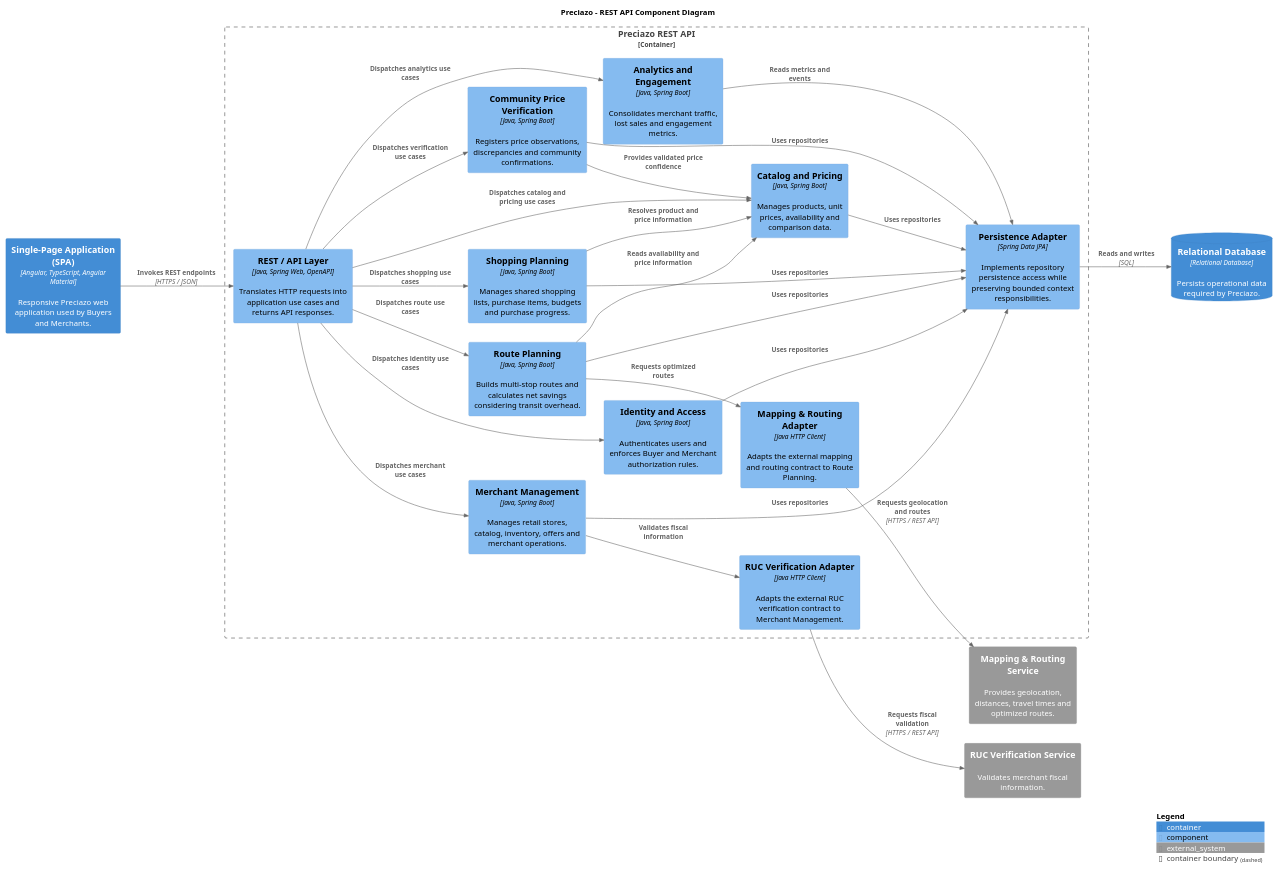
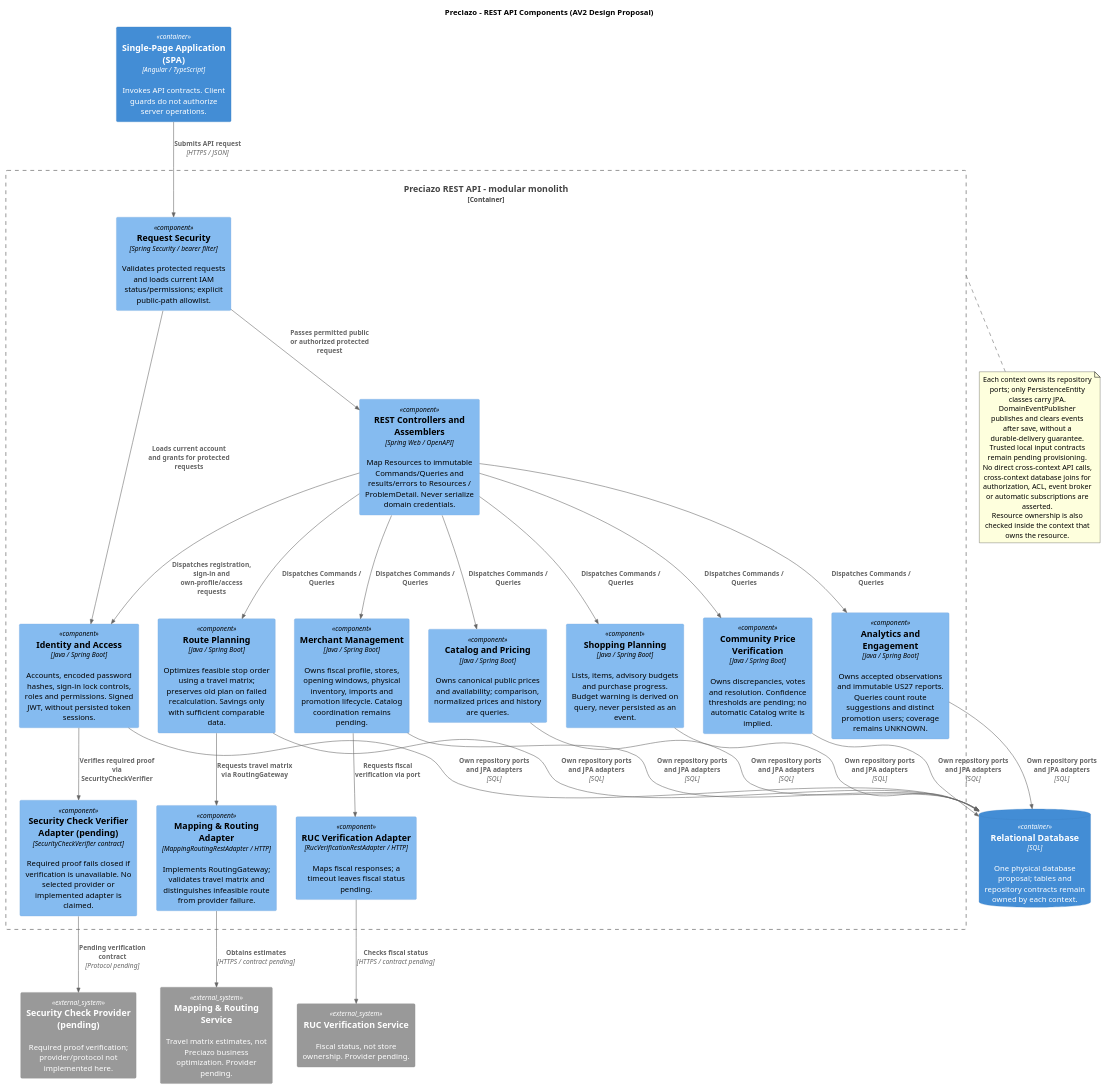
The diagram in docs/architecture/c4-components-backend.puml (Open-Source-1ASI0729-2620-7750/preciazo-report), drawn with PlantUML before and after one commit. The commit also changed 8 other files, not shown here.

Commit message:
docs(architecture): align C4 views with AV2 context designs

```diff
--- a/docs/architecture/c4-components-backend.puml
+++ b/docs/architecture/c4-components-backend.puml
@@ -1,54 +1,54 @@
 @startuml Preciazo_C4_Components_Backend
-
 !include <C4/C4_Component>
-
-LAYOUT_LEFT_RIGHT()
-
-title Preciazo - REST API Component Diagram
-
-Container(web, "Single-Page Application (SPA)", "Angular, TypeScript, Angular Material", "Responsive Preciazo web application used by Buyers and Merchants.")
-System_Ext(routing, "Mapping & Routing Service", "Provides geolocation, distances, travel times and optimized routes.")
-System_Ext(ruc, "RUC Verification Service", "Validates merchant fiscal information.")
-ContainerDb(database, "Relational Database", "Relational Database", "Persists operational data required by Preciazo.")
-
-Container_Boundary(api, "Preciazo REST API") {
-    Component(rest, "REST / API Layer", "Java, Spring Web, OpenAPI", "Translates HTTP requests into application use cases and returns API responses.")
-    Component(identity, "Identity and Access", "Java, Spring Boot", "Authenticates users and enforces Buyer and Merchant authorization rules.")
-    Component(shopping, "Shopping Planning", "Java, Spring Boot", "Manages shared shopping lists, purchase items, budgets and purchase progress.")
-    Component(catalog, "Catalog and Pricing", "Java, Spring Boot", "Manages products, unit prices, availability and comparison data.")
-    Component(route, "Route Planning", "Java, Spring Boot", "Builds multi-stop routes and calculates net savings considering transit overhead.")
-    Component(merchant, "Merchant Management", "Java, Spring Boot", "Manages retail stores, catalog, inventory, offers and merchant operations.")
-    Component(verification, "Community Price Verification", "Java, Spring Boot", "Registers price observations, discrepancies and community confirmations.")
-    Component(analytics, "Analytics and Engagement", "Java, Spring Boot", "Consolidates merchant traffic, lost sales and engagement metrics.")
-    Component(persistence, "Persistence Adapter", "Spring Data JPA", "Implements repository persistence access while preserving bounded context responsibilities.")
-    Component(mapping, "Mapping & Routing Adapter", "Java HTTP Client", "Adapts the external mapping and routing contract to Route Planning.")
-    Component(rucAdapter, "RUC Verification Adapter", "Java HTTP Client", "Adapts the external RUC verification contract to Merchant Management.")
+LAYOUT_TOP_DOWN()
+title Preciazo - REST API Components (AV2 Design Proposal)
+Container(web, "Single-Page Application (SPA)", "Angular / TypeScript", "Invokes API contracts. Client guards do not authorize server operations.")
+System_Ext(routing, "Mapping & Routing Service", "Travel matrix estimates, not Preciazo business optimization. Provider pending.")
+System_Ext(ruc, "RUC Verification Service", "Fiscal status, not store ownership. Provider pending.")
+System_Ext(securityCheck, "Security Check Provider (pending)", "Required proof verification; provider/protocol not implemented here.")
+ContainerDb(database, "Relational Database", "SQL", "One physical database proposal; tables and repository contracts remain owned by each context.")
+Container_Boundary(api, "Preciazo REST API - modular monolith") {
+ Component(security, "Request Security", "Spring Security / bearer filter", "Validates protected requests and loads current IAM status/permissions; explicit public-path allowlist.")
+ Component(rest, "REST Controllers and Assemblers", "Spring Web / OpenAPI", "Map Resources to immutable Commands/Queries and results/errors to Resources / ProblemDetail. Never serialize domain credentials.")
+ Component(catalog, "Catalog and Pricing", "Java / Spring Boot", "Owns canonical public prices and availability; comparison, normalized prices and history are queries.")
+ Component(route, "Route Planning", "Java / Spring Boot", "Optimizes feasible stop order using a travel matrix; preserves old plan on failed recalculation. Savings only with sufficient comparable data.")
+ Component(shopping, "Shopping Planning", "Java / Spring Boot", "Lists, items, advisory budgets and purchase progress. Budget warning is derived on query, never persisted as an event.")
+ Component(merchant, "Merchant Management", "Java / Spring Boot", "Owns fiscal profile, stores, opening windows, physical inventory, imports and promotion lifecycle. Catalog coordination remains pending.")
+ Component(verification, "Community Price Verification", "Java / Spring Boot", "Owns discrepancies, votes and resolution. Confidence thresholds are pending; no automatic Catalog write is implied.")
+ Component(analytics, "Analytics and Engagement", "Java / Spring Boot", "Owns accepted observations and immutable US27 reports. Queries count route suggestions and distinct promotion users; coverage remains UNKNOWN.")
+ Component(identity, "Identity and Access", "Java / Spring Boot", "Accounts, encoded password hashes, sign-in lock controls, roles and permissions. Signed JWT, without persisted token sessions.")
+ Component(mapping, "Mapping & Routing Adapter", "MappingRoutingRestAdapter / HTTP", "Implements RoutingGateway; validates travel matrix and distinguishes infeasible route from provider failure.")
+ Component(rucAdapter, "RUC Verification Adapter", "RucVerificationRestAdapter / HTTP", "Maps fiscal responses; a timeout leaves fiscal status pending.")
+ Component(proofAdapter, "Security Check Verifier Adapter (pending)", "SecurityCheckVerifier contract", "Required proof fails closed if verification is unavailable. No selected provider or implemented adapter is claimed.")
 }
-
-Rel(web, rest, "Invokes REST endpoints", "HTTPS / JSON")
-Rel(rest, identity, "Dispatches identity use cases")
-Rel(rest, shopping, "Dispatches shopping use cases")
-Rel(rest, catalog, "Dispatches catalog and pricing use cases")
-Rel(rest, route, "Dispatches route use cases")
-Rel(rest, merchant, "Dispatches merchant use cases")
-Rel(rest, verification, "Dispatches verification use cases")
-Rel(rest, analytics, "Dispatches analytics use cases")
-Rel(identity, persistence, "Uses repositories")
-Rel(shopping, catalog, "Resolves product and price information")
-Rel(shopping, persistence, "Uses repositories")
-Rel(catalog, persistence, "Uses repositories")
-Rel(route, catalog, "Reads availability and price information")
-Rel(route, mapping, "Requests optimized routes")
-Rel(route, persistence, "Uses repositories")
-Rel(merchant, rucAdapter, "Validates fiscal information")
-Rel(merchant, persistence, "Uses repositories")
-Rel(verification, catalog, "Provides validated price confidence")
-Rel(verification, persistence, "Uses repositories")
-Rel(analytics, persistence, "Reads metrics and events")
-Rel(persistence, database, "Reads and writes", "SQL")
-Rel(mapping, routing, "Requests geolocation and routes", "HTTPS / REST API")
-Rel(rucAdapter, ruc, "Requests fiscal validation", "HTTPS / REST API")
-
-SHOW_LEGEND()
-
+Rel(web, security, "Submits API request", "HTTPS / JSON")
+Rel(security, identity, "Loads current account and grants for protected requests")
+Rel(security, rest, "Passes permitted public or authorized protected request")
+Rel(rest, catalog, "Dispatches Commands / Queries")
+Rel(rest, route, "Dispatches Commands / Queries")
+Rel(rest, shopping, "Dispatches Commands / Queries")
+Rel(rest, merchant, "Dispatches Commands / Queries")
+Rel(rest, verification, "Dispatches Commands / Queries")
+Rel(rest, analytics, "Dispatches Commands / Queries")
+Rel(rest, identity, "Dispatches registration, sign-in and own-profile/access requests")
+Rel(catalog, database, "Own repository ports and JPA adapters", "SQL")
+Rel(route, database, "Own repository ports and JPA adapters", "SQL")
+Rel(shopping, database, "Own repository ports and JPA adapters", "SQL")
+Rel(merchant, database, "Own repository ports and JPA adapters", "SQL")
+Rel(verification, database, "Own repository ports and JPA adapters", "SQL")
+Rel(analytics, database, "Own repository ports and JPA adapters", "SQL")
+Rel(identity, database, "Own repository ports and JPA adapters", "SQL")
+Rel(route, mapping, "Requests travel matrix via RoutingGateway")
+Rel(mapping, routing, "Obtains estimates", "HTTPS / contract pending")
+Rel(merchant, rucAdapter, "Requests fiscal verification via port")
+Rel(rucAdapter, ruc, "Checks fiscal status", "HTTPS / contract pending")
+Rel(identity, proofAdapter, "Verifies required proof via SecurityCheckVerifier")
+Rel(proofAdapter, securityCheck, "Pending verification contract", "Protocol pending")
+note bottom of api
+ Each context owns its repository ports; only PersistenceEntity classes carry JPA.
+ DomainEventPublisher publishes and clears events after save, without a durable-delivery guarantee.
+ Trusted local input contracts remain pending provisioning. No direct cross-context API calls,
+ cross-context database joins for authorization, ACL, event broker or automatic subscriptions are asserted.
+ Resource ownership is also checked inside the context that owns the resource.
+end note
 @enduml
```
